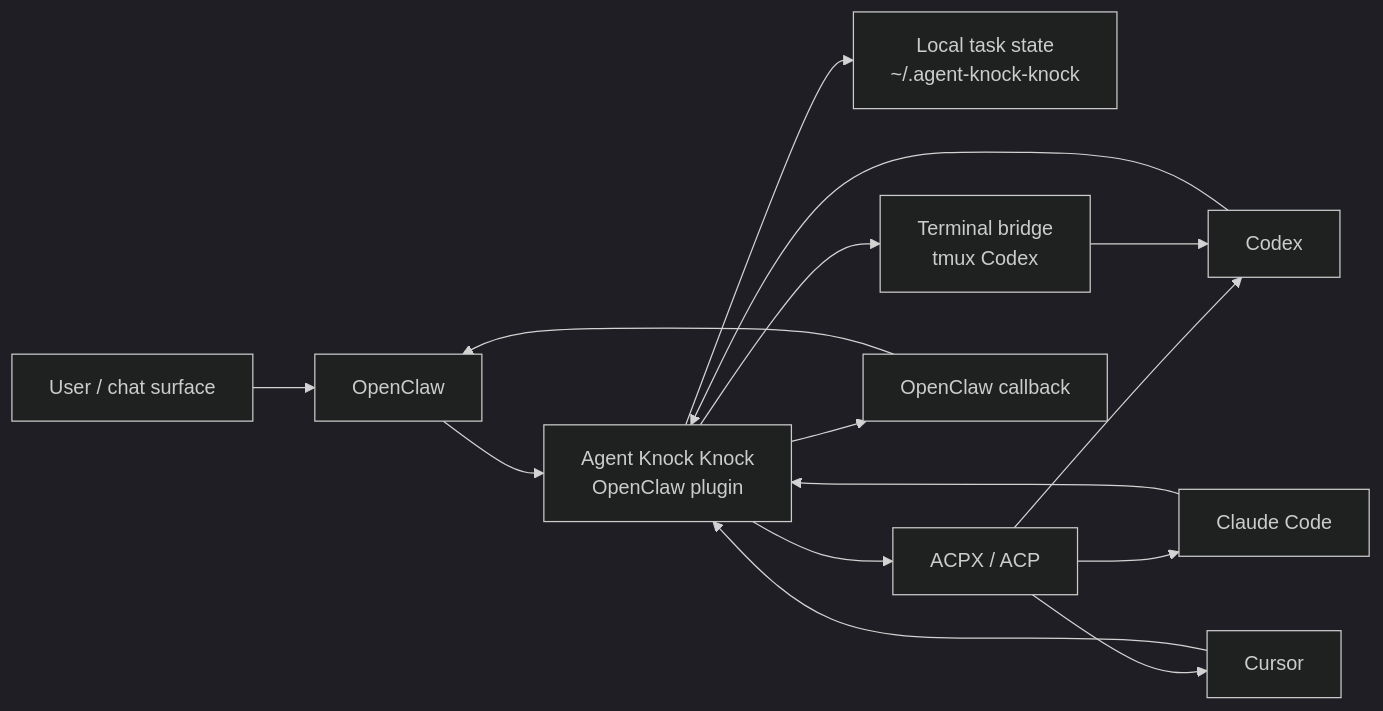
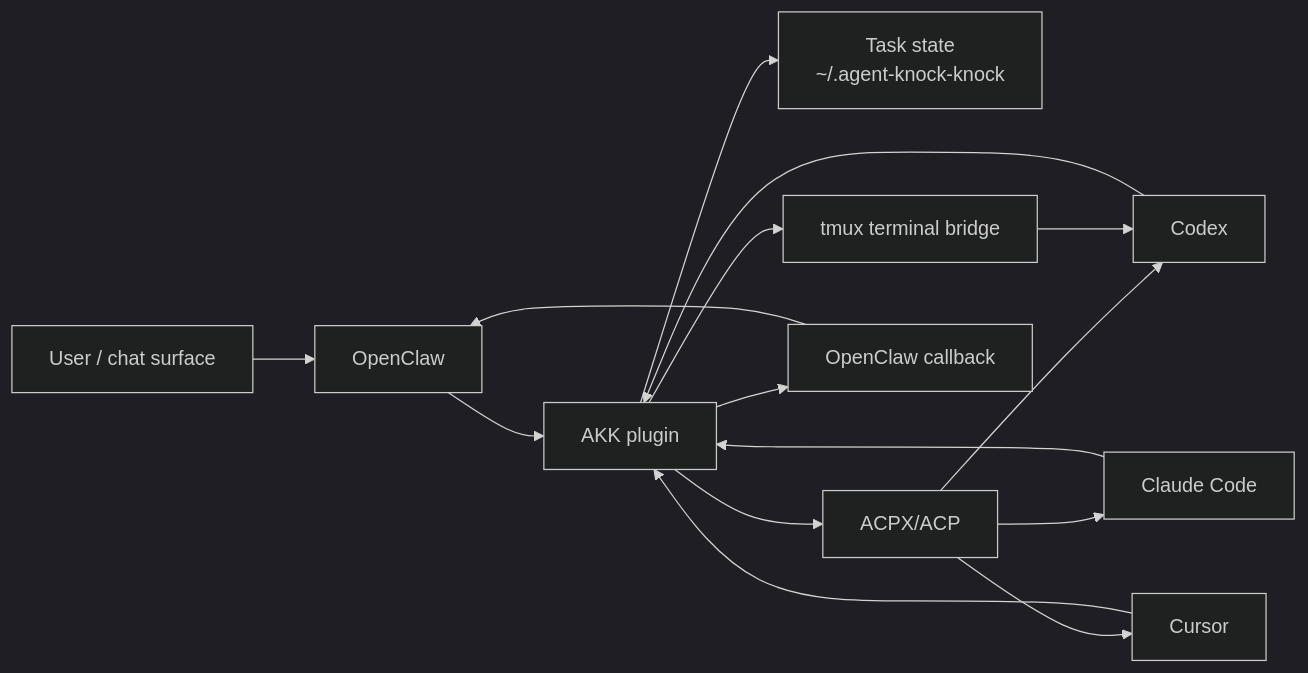
Before and after one commit to scotthuang/agent-knock-knock: the diagram in README.md, drawn with Mermaid (dark theme). The commit also changed other lines of this file and 1 other file, not shown here.

Commit message:
docs: refresh README and roadmap

````diff
--- a/README.md
+++ b/README.md
@@ -35,17 +60,17 @@
 ```mermaid
 flowchart LR
   user["User / chat surface"] --> openclaw["OpenClaw"]
-  openclaw --> plugin["Agent Knock Knock<br/>OpenClaw plugin"]
-  plugin --> state["Local task state<br/>~/.agent-knock-knock"]
-  plugin --> acpx["ACPX / ACP"]
-  plugin --> terminal["Terminal bridge<br/>tmux Codex"]
+  openclaw --> plugin["AKK plugin"]
+  plugin --> state["Task state<br/>~/.agent-knock-knock"]
+  plugin --> acpx["ACPX/ACP"]
+  plugin --> terminal["tmux terminal bridge"]
   acpx --> codex["Codex"]
   acpx --> claude["Claude Code"]
   acpx --> cursor["Cursor"]
   terminal --> codex
   codex --> plugin
   claude --> plugin
   cursor --> plugin
   plugin --> callback["OpenClaw callback"]
   callback --> openclaw
 ```
````
